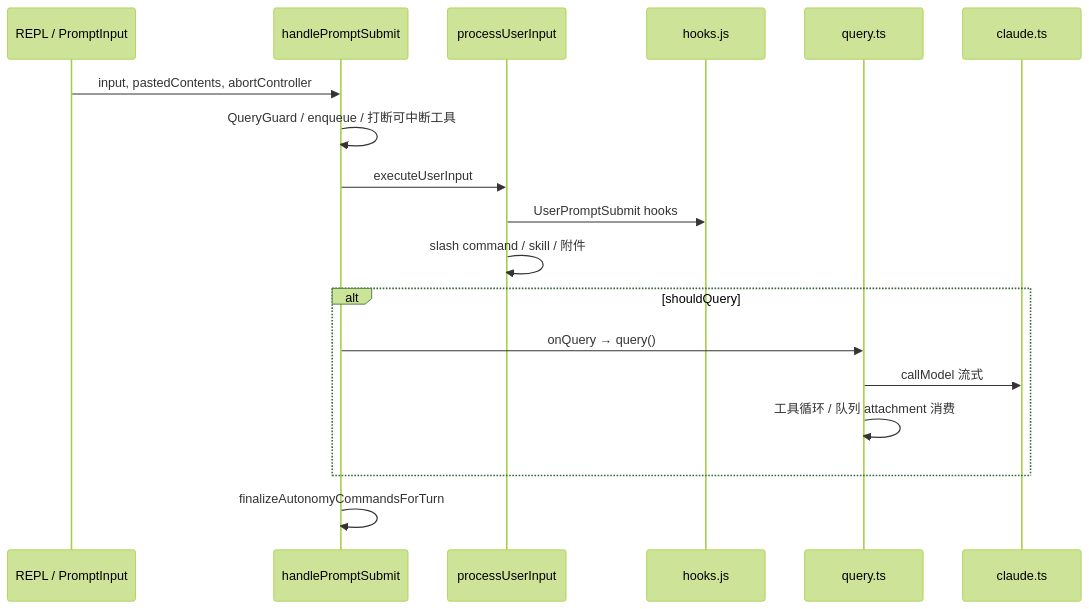
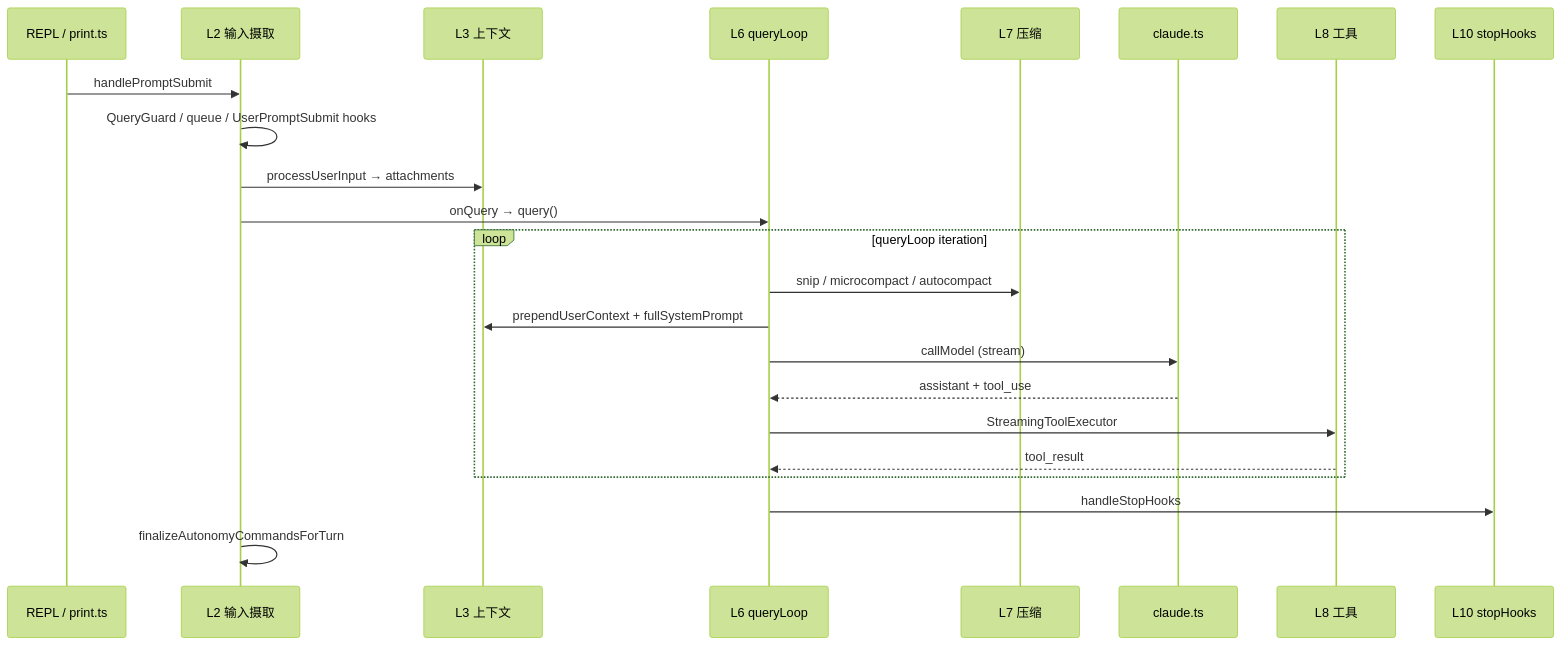
The second of 2 diagrams in docs/harness-practical-guide.md (qipy2026/Claude-Code-Best), drawn with Mermaid (forest theme) before and after one commit. The commit also changed other lines of this file and 2 other files, not shown here.

````diff
--- a/docs/harness-practical-guide.md
+++ b/docs/harness-practical-guide.md
@@ -82,21 +132,26 @@
 ```mermaid
 sequenceDiagram
-  participant UI as REPL / PromptInput
-  participant HPS as handlePromptSubmit
-  participant PUI as processUserInput
-  participant HK as hooks.js
-  participant Q as query.ts
+  participant UI as REPL / print.ts
+  participant L2 as L2 输入摄取
+  participant L3 as L3 上下文
+  participant L6 as L6 queryLoop
+  participant L7 as L7 压缩
   participant API as claude.ts
+  participant L8 as L8 工具
+  participant L10 as L10 stopHooks
 
-  UI->>HPS: input, pastedContents, abortController
-  HPS->>HPS: QueryGuard / enqueue / 打断可中断工具
-  HPS->>PUI: executeUserInput
-  PUI->>HK: UserPromptSubmit hooks
-  PUI->>PUI: slash command / skill / 附件
-  alt shouldQuery
-    HPS->>Q: onQuery → query()
-    Q->>API: callModel 流式
-    Q->>Q: 工具循环 / 队列 attachment 消费
+  UI->>L2: handlePromptSubmit
+  L2->>L2: QueryGuard / queue / UserPromptSubmit hooks
+  L2->>L3: processUserInput → attachments
+  L2->>L6: onQuery → query()
+  loop queryLoop iteration
+    L6->>L7: snip / microcompact / autocompact
+    L6->>L3: prependUserContext + fullSystemPrompt
+    L6->>API: callModel (stream)
+    API-->>L6: assistant + tool_use
+    L6->>L8: StreamingToolExecutor
+    L8-->>L6: tool_result
   end
-  HPS->>HPS: finalizeAutonomyCommandsForTurn
+  L6->>L10: handleStopHooks
+  L2->>L2: finalizeAutonomyCommandsForTurn
 ```
````
